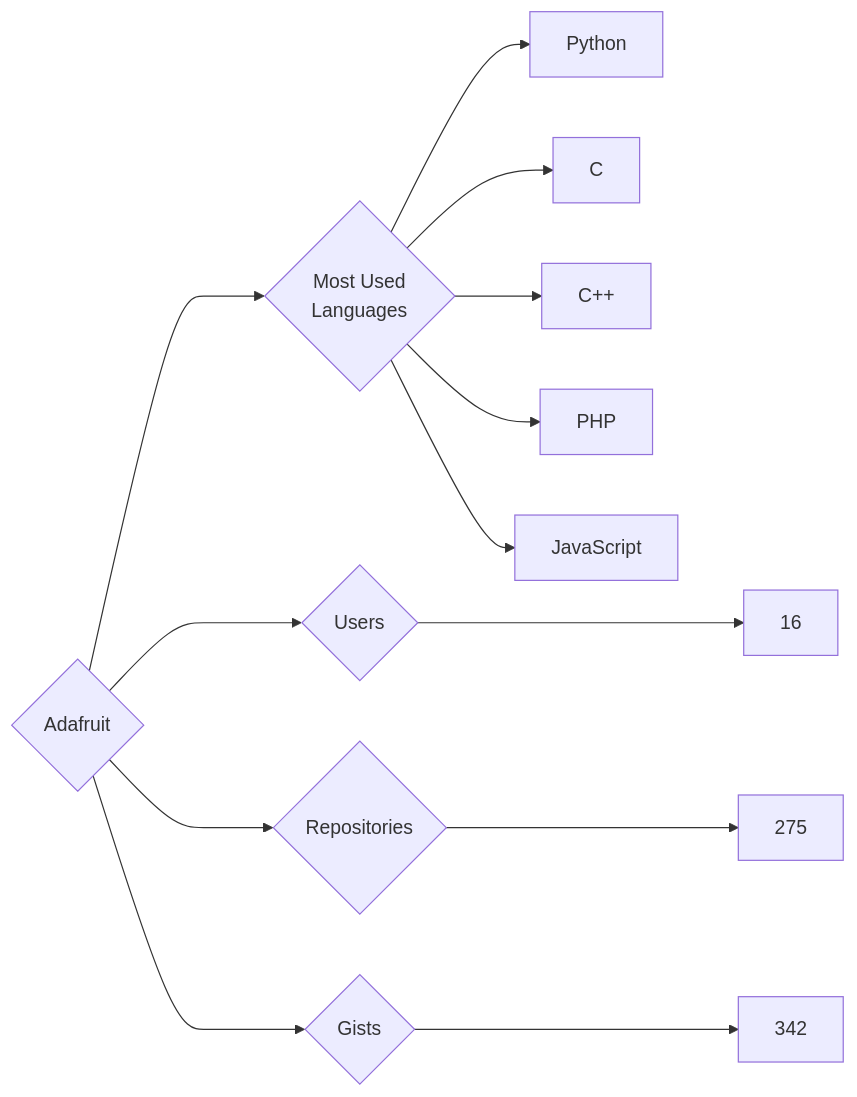
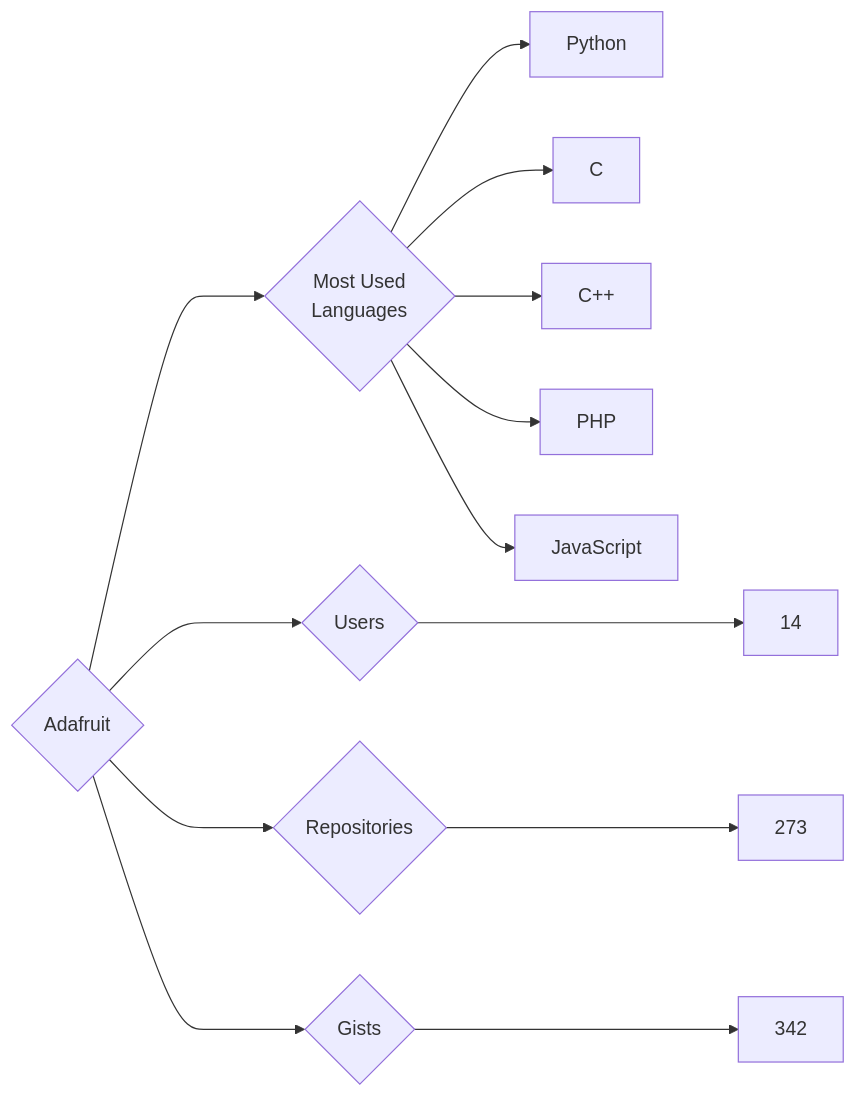
Before and after one commit to trickest/insiders: the diagram in targets/Adafruit/README.md, drawn with Mermaid. The commit also changed 953 other files, not shown here.

````diff
--- a/targets/Adafruit/README.md
+++ b/targets/Adafruit/README.md
@@ -3,13 +3,13 @@
 ```mermaid
 graph LR
 COMPANY_NAME{Adafruit}
-COMPANY_NAME ---> U{Users} ---> UN[16]
-COMPANY_NAME ---> R{Repositories} ---> RN[275]
+COMPANY_NAME ---> U{Users} ---> UN[14]
+COMPANY_NAME ---> R{Repositories} ---> RN[273]
 COMPANY_NAME ---> G{Gists} ---> GN[342]
 COMPANY_NAME ---> ML{Most Used<br>Languages}
 ML --> Python[Python]
 ML --> C[C]
 ML --> C++[C++]
 ML --> PHP[PHP]
 ML --> JavaScript[JavaScript]
 ```
````
